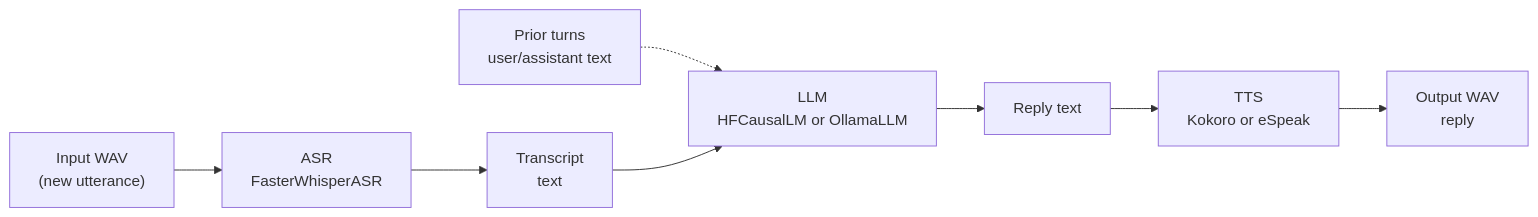
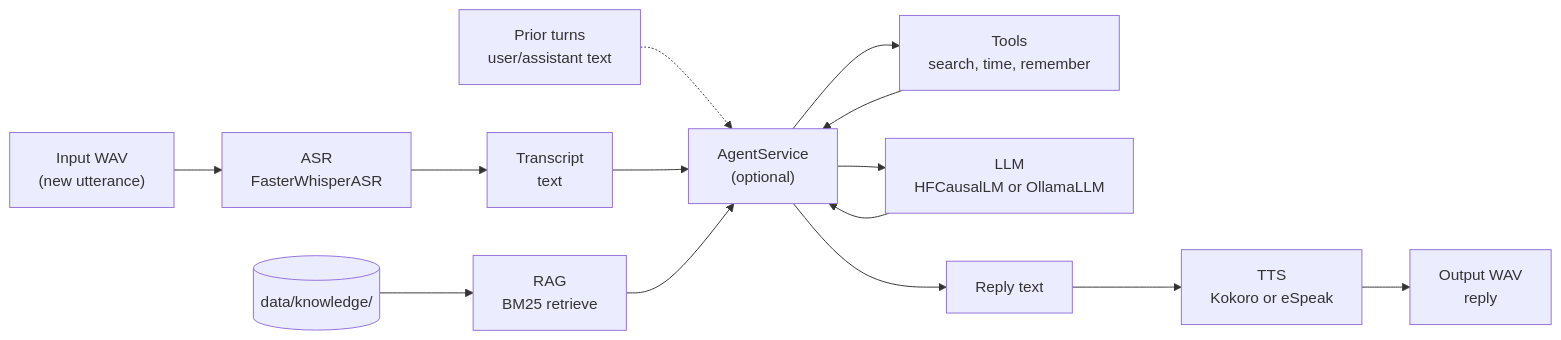
Before and after one commit to linjiahu-imachines/full_stack_ai_pipelines: the second of 5 diagrams in speech_ai_exp/docs/SERVER_AND_PROJECT1_ARCHITECTURE.md, drawn with Mermaid. The commit also changed other lines of this file and 27 other files, not shown here.

````diff
--- a/speech_ai_exp/docs/SERVER_AND_PROJECT1_ARCHITECTURE.md
+++ b/speech_ai_exp/docs/SERVER_AND_PROJECT1_ARCHITECTURE.md
@@ -134,13 +155,23 @@
 ```mermaid
 flowchart LR
   in["Input WAV\n(new utterance)"]
   asr["ASR\nFasterWhisperASR"]
   txt["Transcript\ntext"]
+  agent["AgentService\n(optional)"]
+  rag["RAG\nBM25 retrieve"]
+  tools["Tools\nsearch, time, remember"]
   llm["LLM\nHFCausalLM or OllamaLLM"]
   reply["Reply text"]
   tts["TTS\nKokoro or eSpeak"]
   out["Output WAV\nreply"]
 
-  hist["Prior turns\nuser/assistant text"] -.-> llm
-  in --> asr --> txt --> llm --> reply --> tts --> out
+  hist["Prior turns\nuser/assistant text"] -.-> agent
+  kb[("data/knowledge/")] --> rag
+  in --> asr --> txt --> agent
+  rag --> agent
+  agent --> tools
+  tools --> agent
+  agent --> llm
+  llm --> agent
+  agent --> reply --> tts --> out
 ```
````
